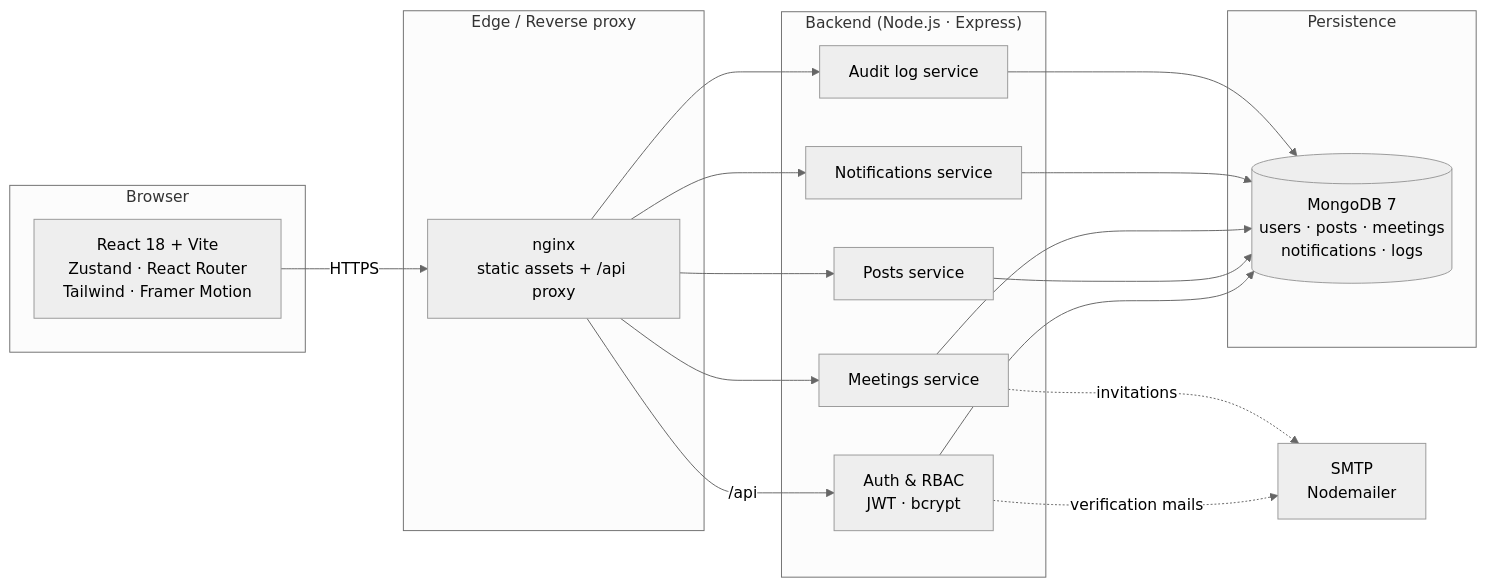
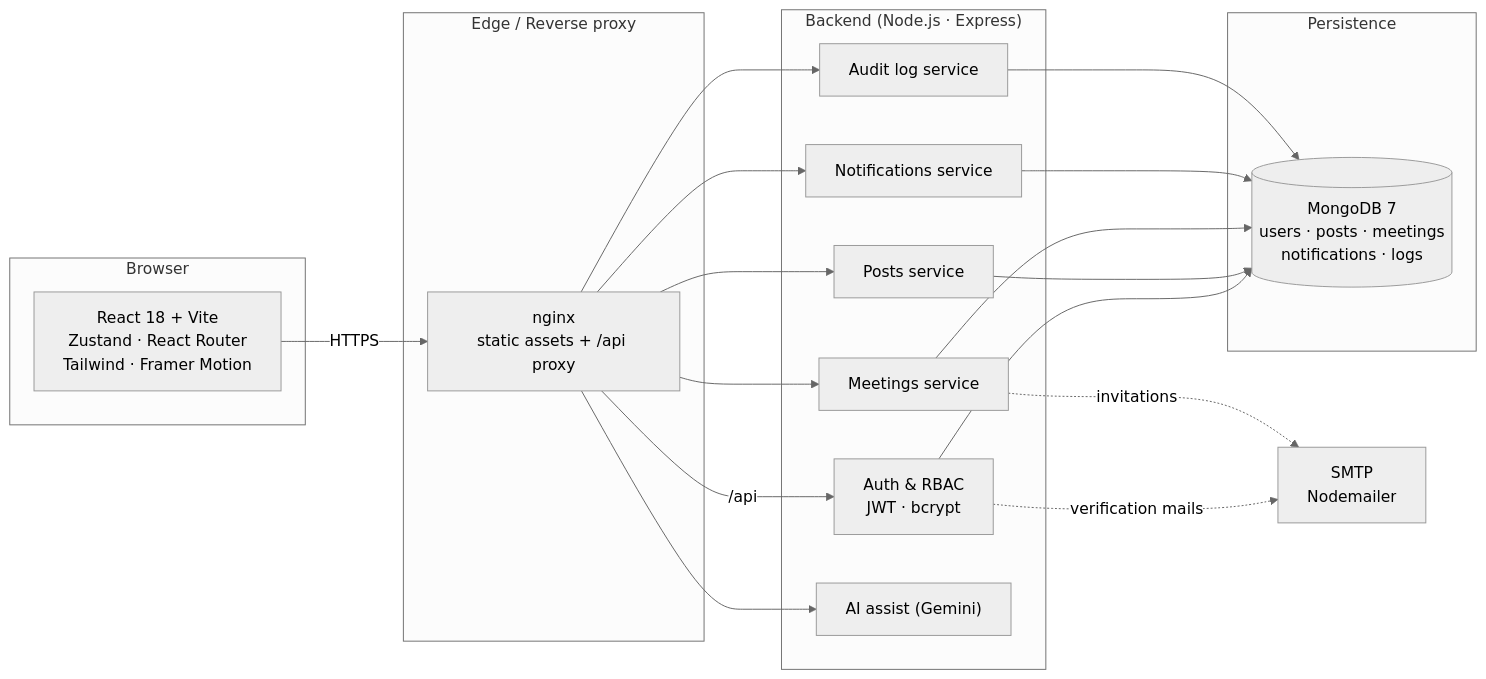
Before and after one commit to berkekus/healthai-co-creation-platform: the diagram in README.md, drawn with Mermaid (neutral theme). The commit also changed other lines of this file, not shown here.

````diff
--- a/README.md
+++ b/README.md
@@ -114,40 +122,42 @@
 ```mermaid
 flowchart LR
     subgraph Client["Browser"]
-        UI["React 18 + Vite<br/>Zustand · React Router<br/>Tailwind · Framer Motion"]
+        UI["React 18 + Vite<br/>Zustand &middot; React Router<br/>Tailwind &middot; Framer Motion"]
     end
 
     subgraph Edge["Edge / Reverse proxy"]
         NGINX["nginx<br/>static assets + /api proxy"]
     end
 
-    subgraph API["Backend (Node.js · Express)"]
-        AUTH["Auth & RBAC<br/>JWT · bcrypt"]
+    subgraph API["Backend (Node.js &middot; Express)"]
+        AUTH["Auth & RBAC<br/>JWT &middot; bcrypt"]
         POSTS["Posts service"]
         MEET["Meetings service"]
         NOTIF["Notifications service"]
         LOGS["Audit log service"]
+        AI["AI assist (Gemini)"]
     end
 
     subgraph Data["Persistence"]
-        MONGO[("MongoDB 7<br/>users · posts · meetings<br/>notifications · logs")]
+        MONGO[("MongoDB 7<br/>users &middot; posts &middot; meetings<br/>notifications &middot; logs")]
     end
 
     SMTP["SMTP<br/>Nodemailer"]
 
     UI -->|HTTPS| NGINX
     NGINX -->|/api| AUTH
     NGINX --> POSTS
     NGINX --> MEET
     NGINX --> NOTIF
     NGINX --> LOGS
+    NGINX --> AI
 
     AUTH --> MONGO
     POSTS --> MONGO
     MEET --> MONGO
     NOTIF --> MONGO
     LOGS --> MONGO
 
     AUTH -. verification mails .-> SMTP
     MEET  -. invitations .-> SMTP
 ```
````
